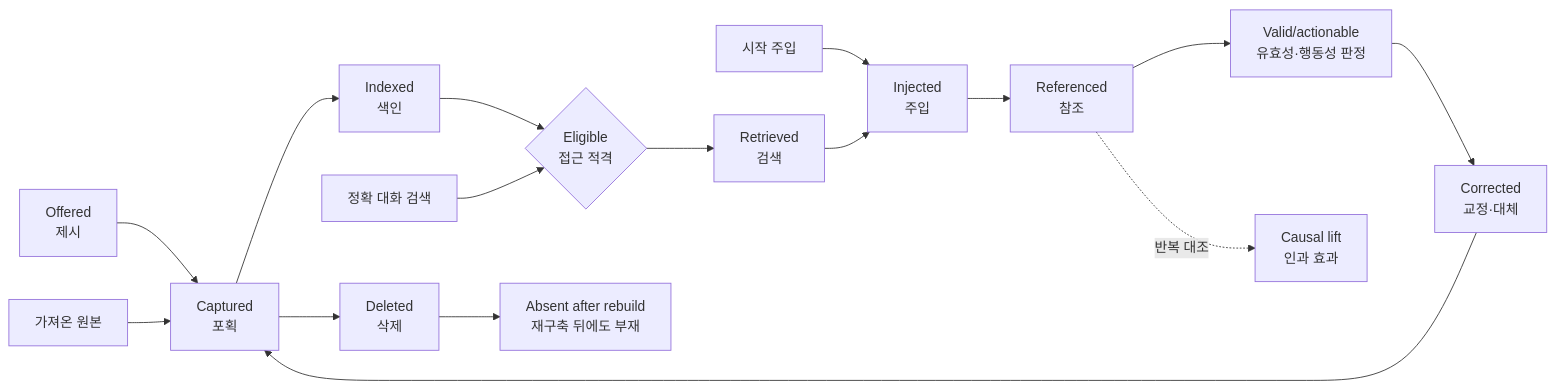
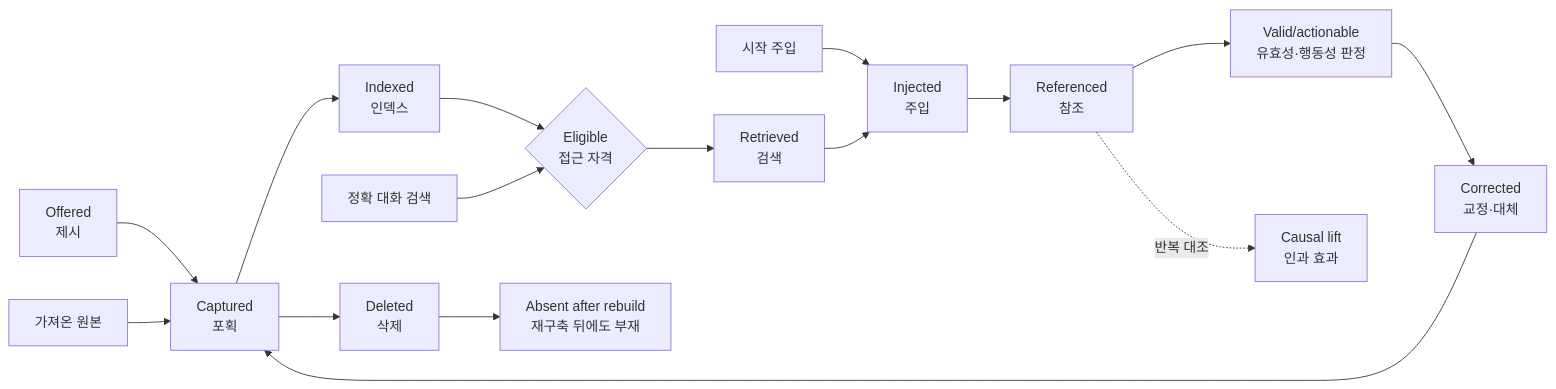
One commit to isingmodel/openclaw-memory-chronicle changed the diagram in openclaw-memory-ko/09-signal-ledger-and-evaluation.md. Above: the diagram before and after it, drawn with Mermaid. The commit also changed other lines of this file and 17 other files, not shown here.

````diff
--- a/openclaw-memory-ko/09-signal-ledger-and-evaluation.md
+++ b/openclaw-memory-ko/09-signal-ledger-and-evaluation.md
@@ -34,18 +34,18 @@
 ```mermaid
 flowchart LR
     O[Offered<br/>제시] --> C[Captured<br/>포획]
-    C --> I[Indexed<br/>색인]
+    C --> I[Indexed<br/>인덱스]
     X[가져온 원본] --> C
-    I --> E{Eligible<br/>접근 적격}
+    I --> E{Eligible<br/>접근 자격}
     S[정확 대화 검색] --> E
     B[시작 주입] --> J[Injected<br/>주입]
     E --> R[Retrieved<br/>검색]
     R --> J
     J --> F[Referenced<br/>참조]
     F --> V[Valid/actionable<br/>유효성·행동성 판정]
     V --> U[Corrected<br/>교정·대체]
     U --> C
     C --> D[Deleted<br/>삭제]
     D --> Z[Absent after rebuild<br/>재구축 뒤에도 부재]
     F -. 반복 대조 .-> L[Causal lift<br/>인과 효과]
 ```
````
